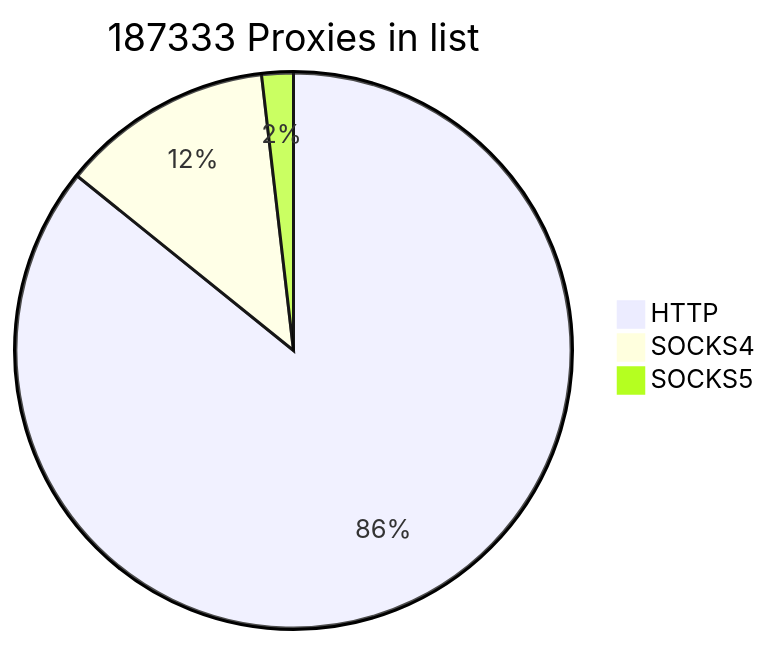
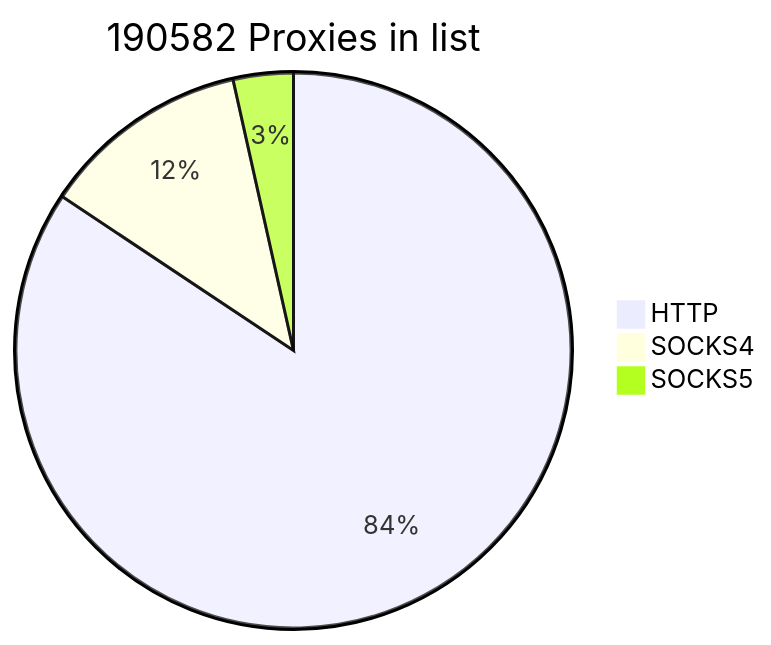
Before and after one commit to cutipu/proxylist: the first of 2 diagrams in README.md, drawn with Mermaid. The commit also changed other lines of this file, not shown here.

````diff
--- a/README.md
+++ b/README.md
@@ -2,7 +2,7 @@
 ```mermaid
-pie title 187333 Proxies in list
-    "HTTP" : 160746
-    "SOCKS4" : 23142
-    "SOCKS5" : 3445
+pie title 190582 Proxies in list
+    "HTTP" : 160756
+    "SOCKS4" : 23164
+    "SOCKS5" : 6662
             
 ```
````
